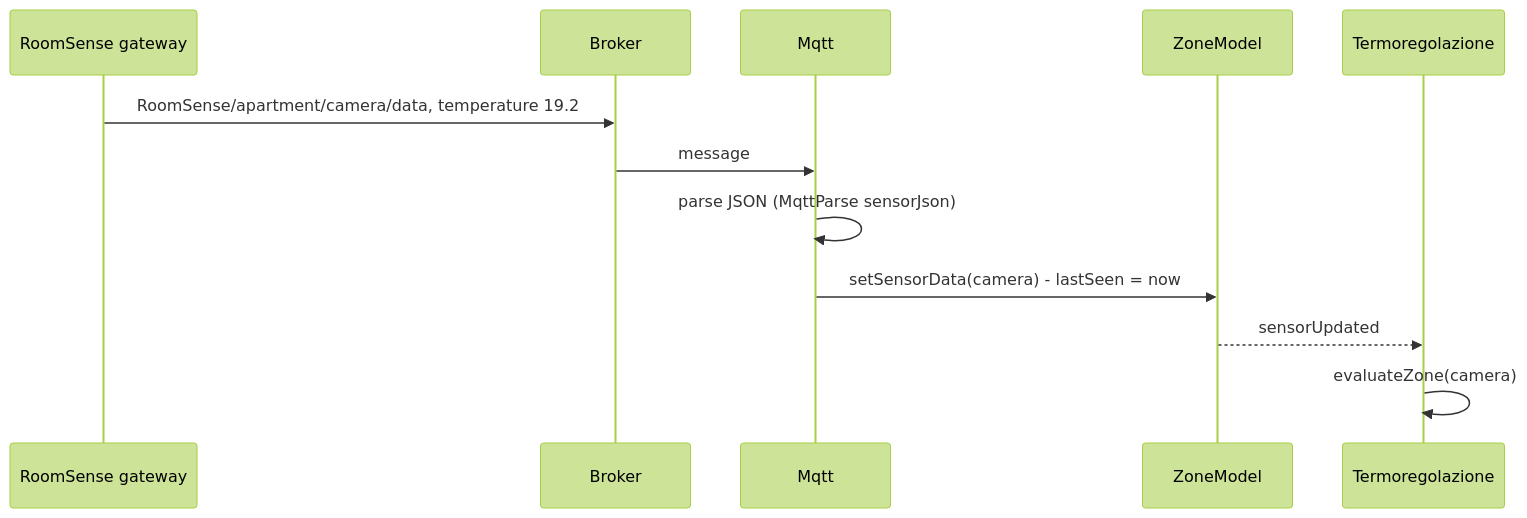
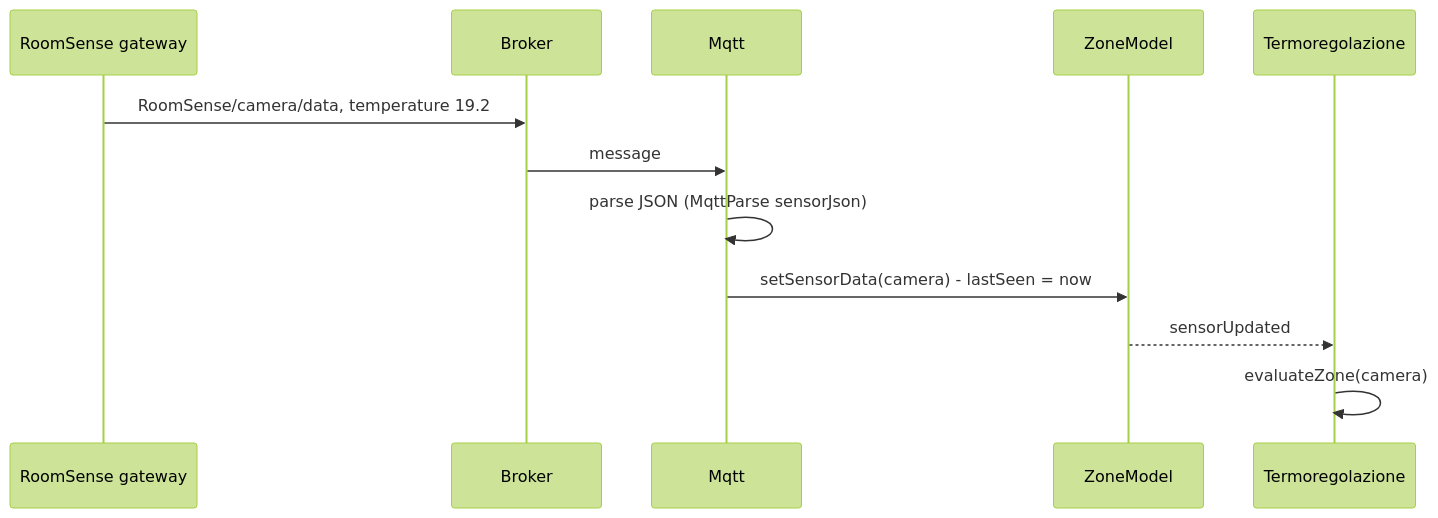
Before and after one commit to ska/AcquaThermoNet: the fifth of 11 diagrams in docs/DOCUMENTATION.md, drawn with Mermaid (forest theme). The commit also changed other lines of this file and 37 other files, not shown here.

````diff
--- a/docs/DOCUMENTATION.md
+++ b/docs/DOCUMENTATION.md
@@ -498,15 +508,15 @@
 ```mermaid
 sequenceDiagram
     participant S as RoomSense gateway
     participant B as Broker
     participant MQ as Mqtt
     participant ZM as ZoneModel
     participant TR as Termoregolazione
 
-    S->>B: RoomSense/apartment/camera/data, temperature 19.2
+    S->>B: RoomSense/camera/data, temperature 19.2
     B->>MQ: message
     MQ->>MQ: parse JSON (MqttParse sensorJson)
     MQ->>ZM: setSensorData(camera) - lastSeen = now
     ZM-->>TR: sensorUpdated
     TR->>TR: evaluateZone(camera)
 ```
````
